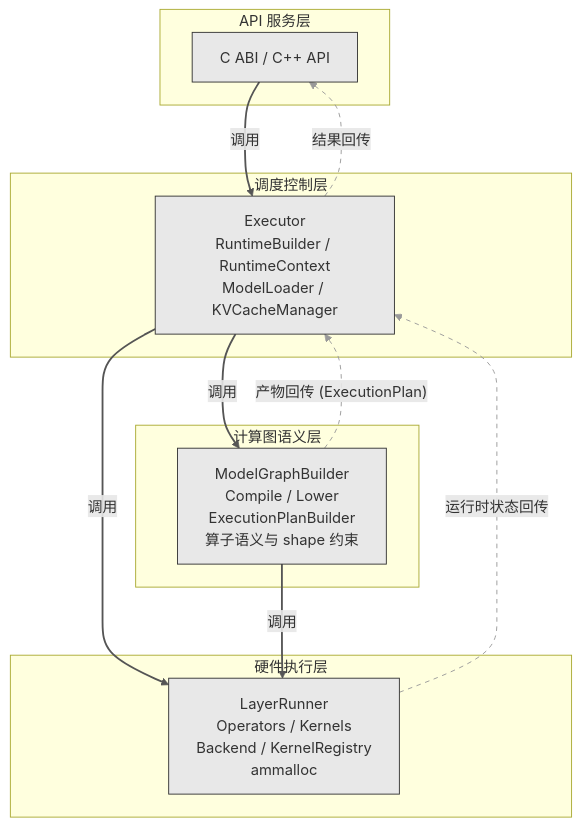
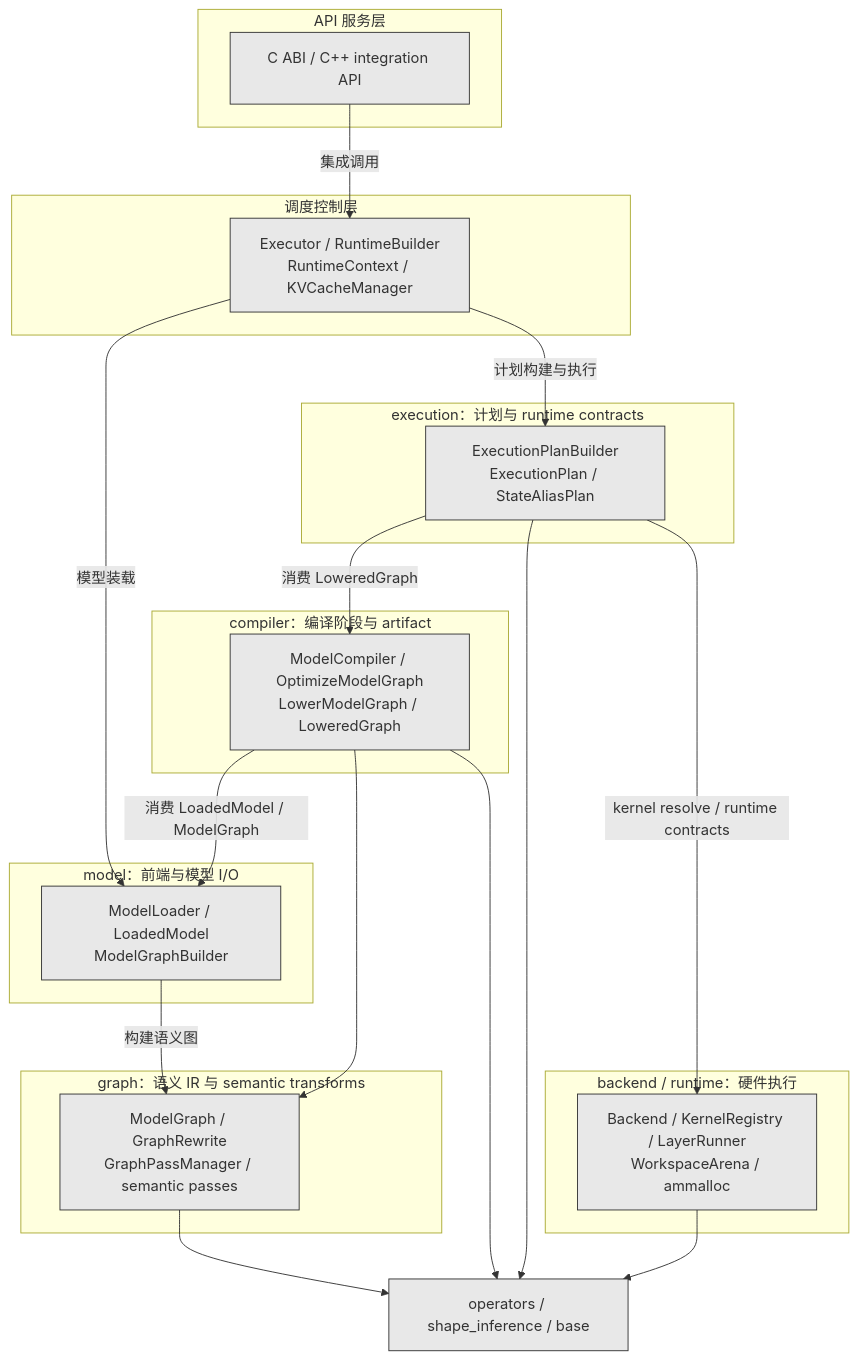
One commit to fengjiran/AetherMind changed the fifth of 5 diagrams in docs/designs/architecture/architecture_overview.md. Above: the diagram before and after it, drawn with Mermaid. The commit also changed other lines of this file and 6 other files, not shown here.

````diff
--- a/docs/designs/architecture/architecture_overview.md
+++ b/docs/designs/architecture/architecture_overview.md
@@ -322,33 +335,48 @@
 ```mermaid
 flowchart TB
-    subgraph L1["API 服务层"]
-        A["C ABI / C++ API"]
+    subgraph API["API 服务层"]
+        A["C ABI / C++ integration API"]
     end
 
-    subgraph L2["调度控制层"]
-        B["Executor<br/>RuntimeBuilder / RuntimeContext<br/>ModelLoader / KVCacheManager"]
+    subgraph CONTROL["调度控制层"]
+        B["Executor / RuntimeBuilder<br/>RuntimeContext / KVCacheManager"]
     end
 
-    subgraph L3["计算图语义层"]
-        C["ModelGraphBuilder<br/>Compile / Lower<br/>ExecutionPlanBuilder<br/>算子语义与 shape 约束"]
+    subgraph MODEL["model：前端与模型 I/O"]
+        M["ModelLoader / LoadedModel<br/>ModelGraphBuilder"]
     end
 
-    subgraph L4["硬件执行层"]
-        D["LayerRunner<br/>Operators / Kernels<br/>Backend / KernelRegistry<br/>ammalloc"]
+    subgraph GRAPH["graph：语义 IR 与 semantic transforms"]
+        G["ModelGraph / GraphRewrite<br/>GraphPassManager / semantic passes"]
     end
 
-    A -->|"调用"| B
-    B -->|"调用"| C
-    B -->|"调用"| D
-    C -->|"调用"| D
+    subgraph COMPILER["compiler：编译阶段与 artifact"]
+        C["ModelCompiler / OptimizeModelGraph<br/>LowerModelGraph / LoweredGraph"]
+    end
 
-    B -.->|"结果回传"| A
-    C -.->|"产物回传 (ExecutionPlan)"| B
-    D -.->|"运行时状态回传"| B
+    subgraph EXECUTION["execution：计划与 runtime contracts"]
+        E["ExecutionPlanBuilder<br/>ExecutionPlan / StateAliasPlan"]
+    end
+
+    subgraph BACKEND["backend / runtime：硬件执行"]
+        D["Backend / KernelRegistry / LayerRunner<br/>WorkspaceArena / ammalloc"]
+    end
+
+    S["operators / shape_inference / base"]
+
+    A -->|"集成调用"| B
+    B -->|"计划构建与执行"| E
+    B -->|"模型装载"| M
+    M -->|"构建语义图"| G
+    C -->|"消费 LoadedModel / ModelGraph"| M
+    C --> G
+    E -->|"消费 LoweredGraph"| C
+    E -->|"kernel resolve / runtime contracts"| D
+    G --> S
+    C --> S
+    E --> S
+    D --> S
 
     classDef layer fill:#e8e8e8,stroke:#333
-    class A,B,C,D layer
-
-    linkStyle 0,1,2,3 stroke:#555,stroke-width:2px
-    linkStyle 4,5,6 stroke:#999,stroke-width:1px,stroke-dasharray:5 5
+    class A,B,M,G,C,E,D,S layer
 ```
````
